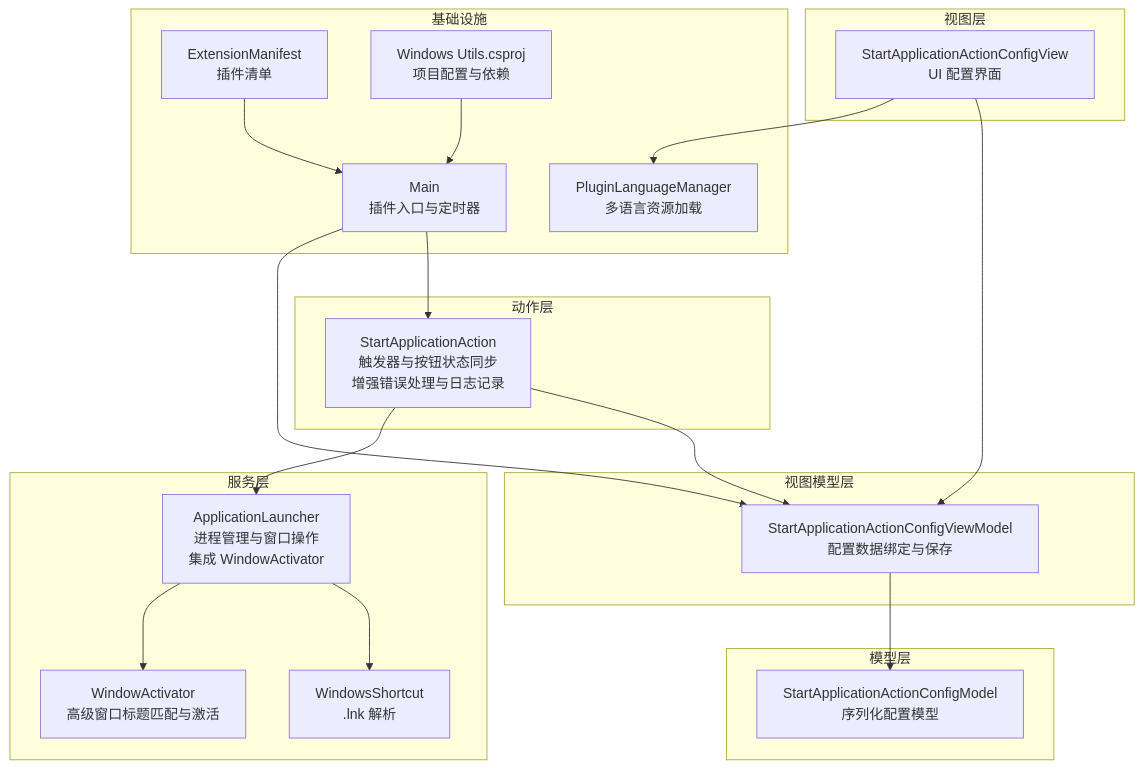
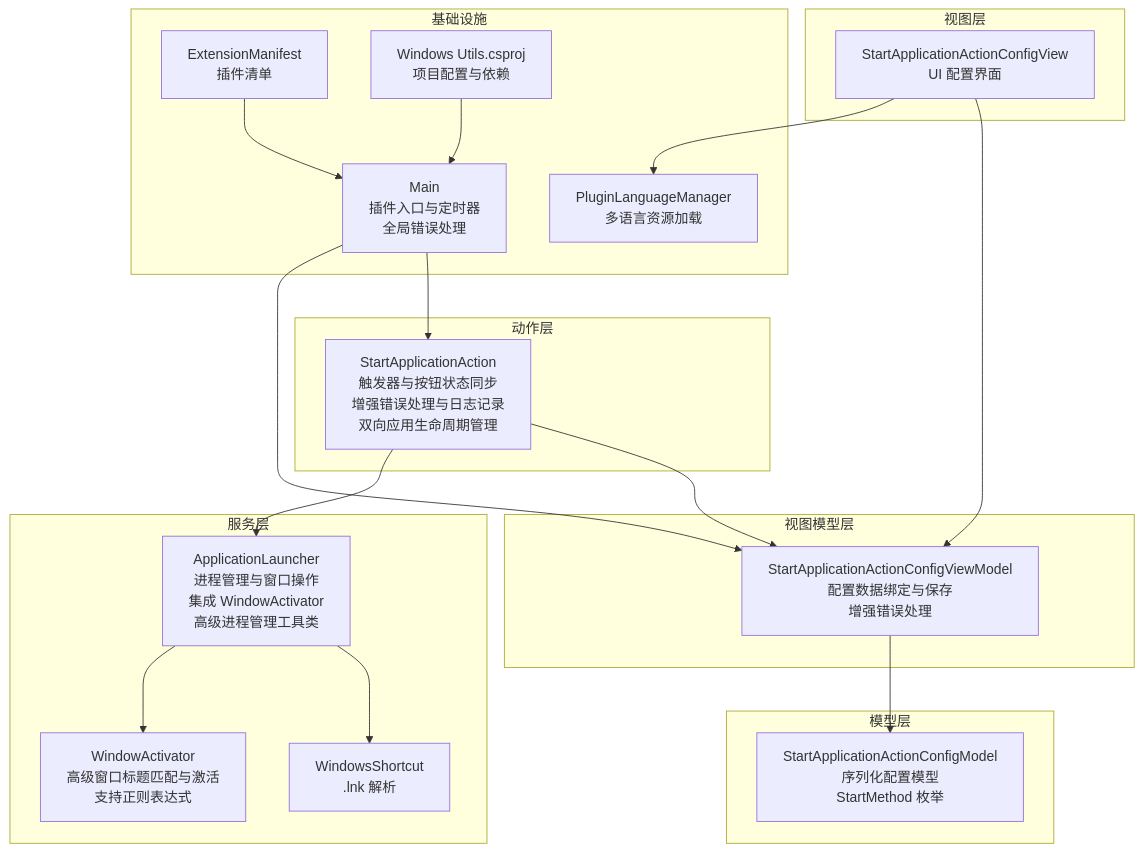
Before and after one commit to tea4go/Macro-Deck-Windows-Utils-Plugin: the first of 7 diagrams in .qoder/repowiki/zh/content/核心功能/应用程序管理.md, drawn with Mermaid. The commit also changed other lines of this file and 39 other files, not shown here.

````diff
--- a/.qoder/repowiki/zh/content/核心功能/应用程序管理.md
+++ b/.qoder/repowiki/zh/content/核心功能/应用程序管理.md
@@ -55,37 +57,37 @@
 ```mermaid
 graph TB
 subgraph "动作层"
-SA["StartApplicationAction<br/>触发器与按钮状态同步<br/>增强错误处理与日志记录"]
+SA["StartApplicationAction<br/>触发器与按钮状态同步<br/>增强错误处理与日志记录<br/>双向应用生命周期管理"]
 end
 subgraph "视图层"
 V["StartApplicationActionConfigView<br/>UI 配置界面"]
 end
 subgraph "视图模型层"
-VM["StartApplicationActionConfigViewModel<br/>配置数据绑定与保存"]
+VM["StartApplicationActionConfigViewModel<br/>配置数据绑定与保存<br/>增强错误处理"]
 end
 subgraph "模型层"
-M["StartApplicationActionConfigModel<br/>序列化配置模型"]
+M["StartApplicationActionConfigModel<br/>序列化配置模型<br/>StartMethod 枚举"]
 end
 subgraph "服务层"
-L["ApplicationLauncher<br/>进程管理与窗口操作<br/>集成 WindowActivator"]
-WA["WindowActivator<br/>高级窗口标题匹配与激活"]
+L["ApplicationLauncher<br/>进程管理与窗口操作<br/>集成 WindowActivator<br/>高级进程管理工具类"]
+WA["WindowActivator<br/>高级窗口标题匹配与激活<br/>支持正则表达式"]
 WS["WindowsShortcut<br/>.lnk 解析"]
 end
 subgraph "基础设施"
 PLM["PluginLanguageManager<br/>多语言资源加载"]
-MAIN["Main<br/>插件入口与定时器"]
+MAIN["Main<br/>插件入口与定时器<br/>全局错误处理"]
 MAN["ExtensionManifest<br/>插件清单"]
 PROJ["Windows Utils.csproj<br/>项目配置与依赖"]
 end
 SA --> VM
 V --> VM
 VM --> M
 SA --> L
 L --> WS
 L --> WA
 V --> PLM
 MAIN --> SA
 MAIN --> VM
 MAN --> MAIN
 PROJ --> MAIN
 ```
````
